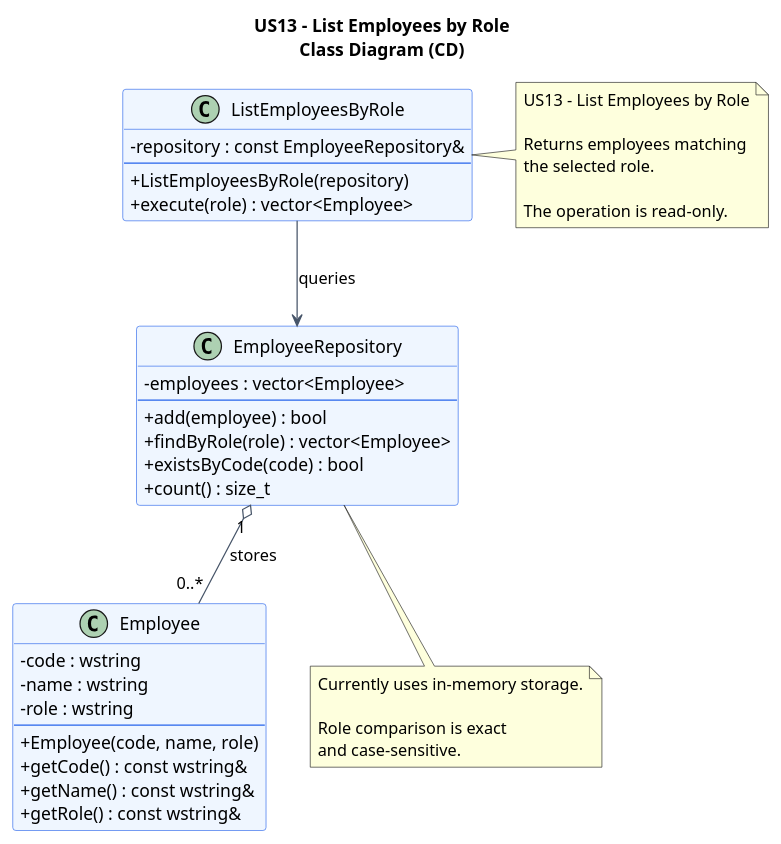
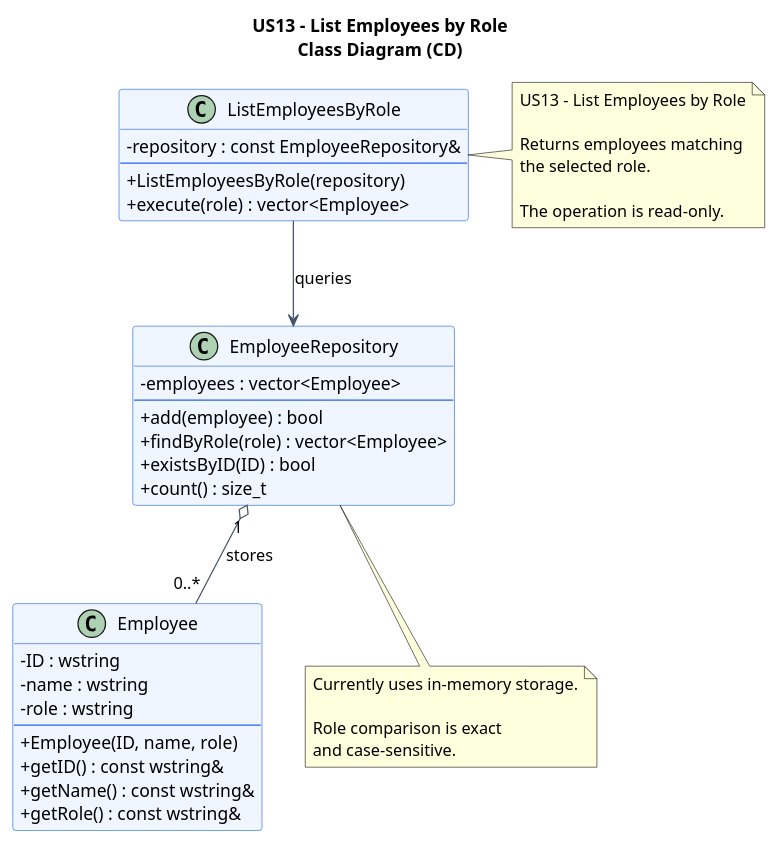
The diagram in docs/system-documentation/US13/puml/US13-CD.puml (jmaia574/leti-esoft-26-27-B6), drawn with PlantUML before and after one commit. The commit also changed 9 other files, not shown here.

```diff
--- a/docs/system-documentation/US13/puml/US13-CD.puml
+++ b/docs/system-documentation/US13/puml/US13-CD.puml
@@ -1,58 +1,58 @@
 @startuml
 title US13 - List Employees by Role\nClass Diagram (CD)
 
 skinparam backgroundColor #FFFFFF
 skinparam shadowing false
 skinparam classAttributeIconSize 0
 skinparam classBorderColor #2563EB
 skinparam classBackgroundColor #EFF6FF
 skinparam ArrowColor #475569
 
 class Employee {
-    - code : wstring
+    - ID : wstring
     - name : wstring
     - role : wstring
     --
-    + Employee(code, name, role)
-    + getCode() : const wstring&
+    + Employee(ID, name, role)
+    + getID() : const wstring&
     + getName() : const wstring&
     + getRole() : const wstring&
 }
 
 class EmployeeRepository {
     - employees : vector<Employee>
     --
     + add(employee) : bool
     + findByRole(role) : vector<Employee>
-    + existsByCode(code) : bool
+    + existsByID(ID) : bool
     + count() : size_t
 }
 
 class ListEmployeesByRole {
     - repository : const EmployeeRepository&
     --
     + ListEmployeesByRole(repository)
     + execute(role) : vector<Employee>
 }
 
 EmployeeRepository "1" o-- "0..*" Employee : stores
 
 ListEmployeesByRole --> EmployeeRepository : queries
 
 note right of ListEmployeesByRole
 US13 - List Employees by Role
 
 Returns employees matching
 the selected role.
 
 The operation is read-only.
 end note
 
 note bottom of EmployeeRepository
 Currently uses in-memory storage.
 
 Role comparison is exact
 and case-sensitive.
 end note
 
 @enduml
```
